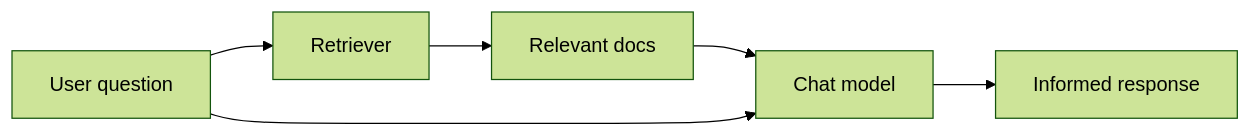
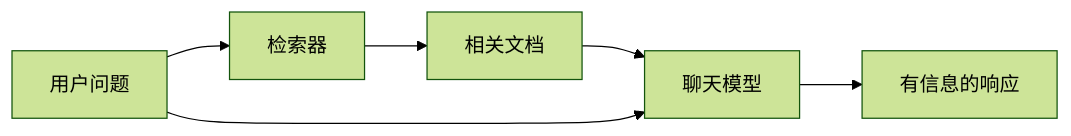
The second of 4 diagrams in oss/python/langchain/component-architecture.mdx (kunfan96/cndocs-langchain), drawn with Mermaid (forest theme) before and after one commit. The commit also changed other lines of this file and 1450 other files, not shown here.

````diff
--- a/oss/python/langchain/component-architecture.mdx
+++ b/oss/python/langchain/component-architecture.mdx
@@ -81,8 +81,8 @@
 ```mermaid
 graph LR
-    A[User question] --> B[Retriever]
-    B --> C[Relevant docs]
-    C --> D[Chat model]
+    A[用户问题] --> B[检索器]
+    B --> C[相关文档]
+    C --> D[聊天模型]
     A --> D
-    D --> E[Informed response]
+    D --> E[有信息的响应]
 ```
````
